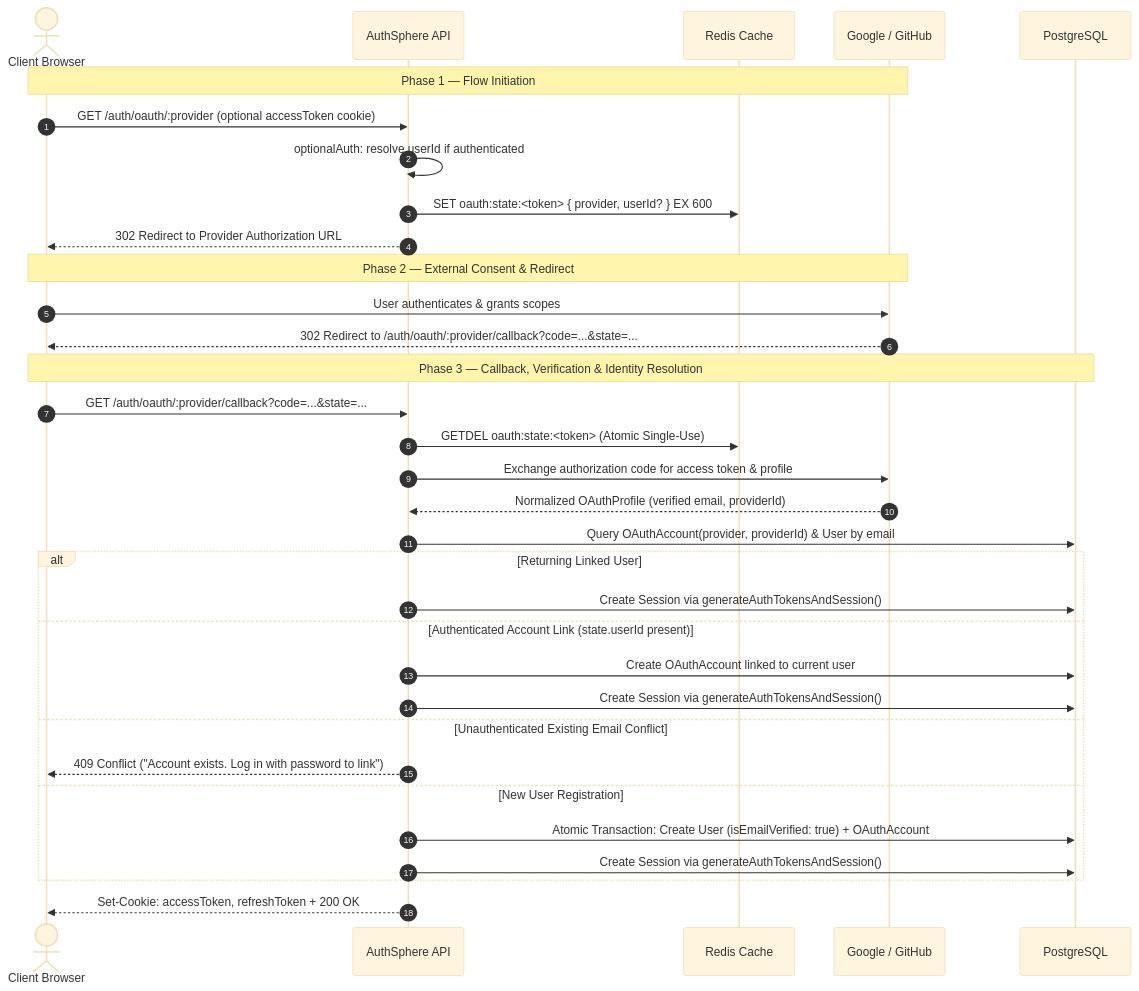
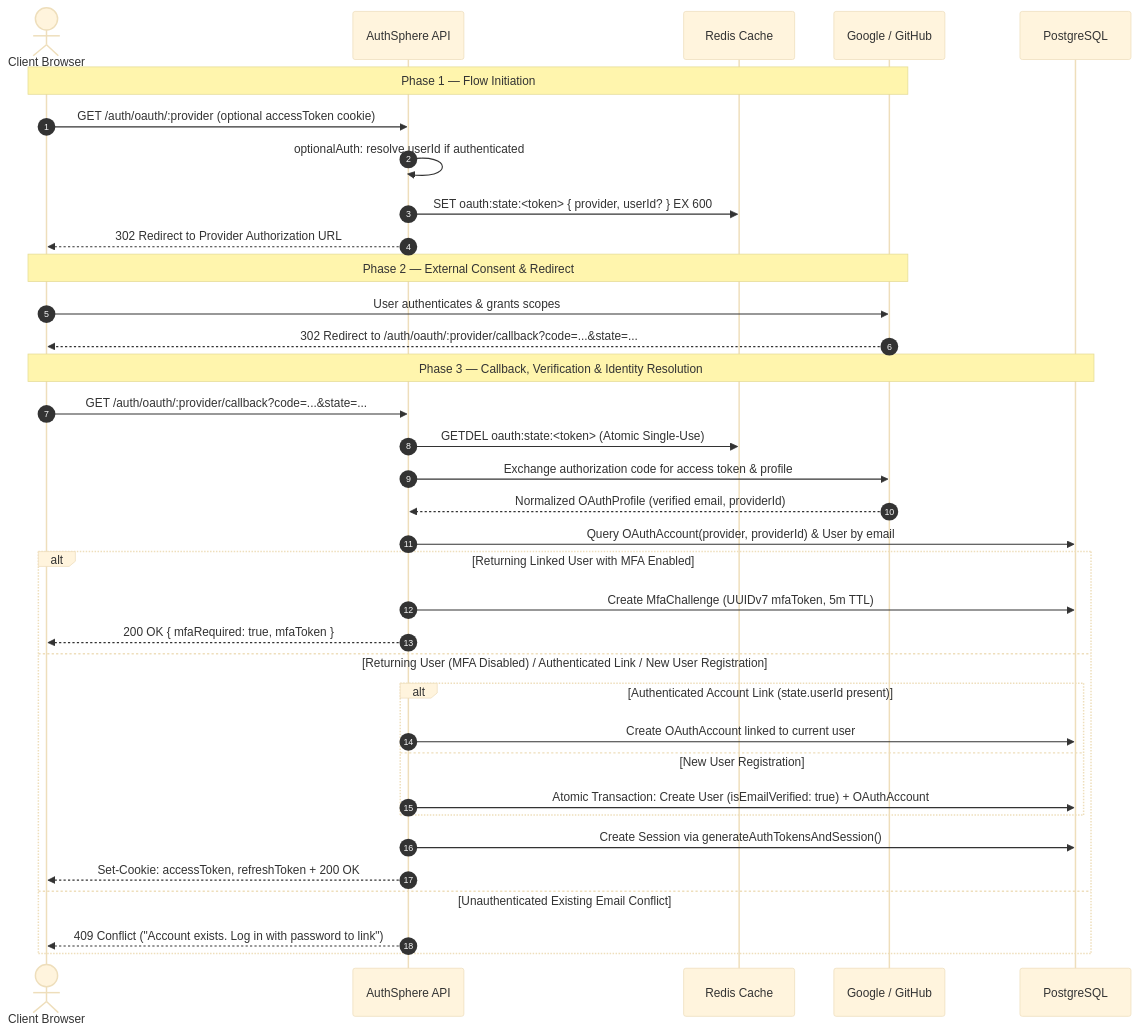
Before and after one commit to utkarshj014/authsphere: the sixth of 7 diagrams in docs/ARCHITECTURE.md, drawn with Mermaid (base theme). The commit also changed other lines of this file and 3 other files, not shown here.

````diff
--- a/docs/ARCHITECTURE.md
+++ b/docs/ARCHITECTURE.md
@@ -308,38 +315,40 @@
 ```mermaid
 sequenceDiagram
     autonumber
     actor User as Client Browser
     participant API as AuthSphere API
     participant Redis as Redis Cache
     participant Provider as Google / GitHub
     participant DB as PostgreSQL
 
     Note over User, Provider: Phase 1 — Flow Initiation
     User->>API: GET /auth/oauth/:provider (optional accessToken cookie)
     API->>API: optionalAuth: resolve userId if authenticated
     API->>Redis: SET oauth:state:<token> { provider, userId? } EX 600
     API-->>User: 302 Redirect to Provider Authorization URL
 
     Note over User, Provider: Phase 2 — External Consent & Redirect
     User->>Provider: User authenticates & grants scopes
     Provider-->>User: 302 Redirect to /auth/oauth/:provider/callback?code=...&state=...
 
     Note over User, DB: Phase 3 — Callback, Verification & Identity Resolution
     User->>API: GET /auth/oauth/:provider/callback?code=...&state=...
     API->>Redis: GETDEL oauth:state:<token> (Atomic Single-Use)
     API->>Provider: Exchange authorization code for access token & profile
     Provider-->>API: Normalized OAuthProfile (verified email, providerId)
     API->>DB: Query OAuthAccount(provider, providerId) & User by email
-    alt Returning Linked User
+    alt Returning Linked User with MFA Enabled
+        API->>DB: Create MfaChallenge (UUIDv7 mfaToken, 5m TTL)
+        API-->>User: 200 OK { mfaRequired: true, mfaToken }
+    else Returning User (MFA Disabled) / Authenticated Link / New User Registration
+        alt Authenticated Account Link (state.userId present)
+            API->>DB: Create OAuthAccount linked to current user
+        else New User Registration
+            API->>DB: Atomic Transaction: Create User (isEmailVerified: true) + OAuthAccount
+        end
         API->>DB: Create Session via generateAuthTokensAndSession()
-    else Authenticated Account Link (state.userId present)
-        API->>DB: Create OAuthAccount linked to current user
-        API->>DB: Create Session via generateAuthTokensAndSession()
+        API-->>User: Set-Cookie: accessToken, refreshToken + 200 OK
     else Unauthenticated Existing Email Conflict
         API-->>User: 409 Conflict ("Account exists. Log in with password to link")
-    else New User Registration
-        API->>DB: Atomic Transaction: Create User (isEmailVerified: true) + OAuthAccount
-        API->>DB: Create Session via generateAuthTokensAndSession()
     end
-    API-->>User: Set-Cookie: accessToken, refreshToken + 200 OK
 ```
````
